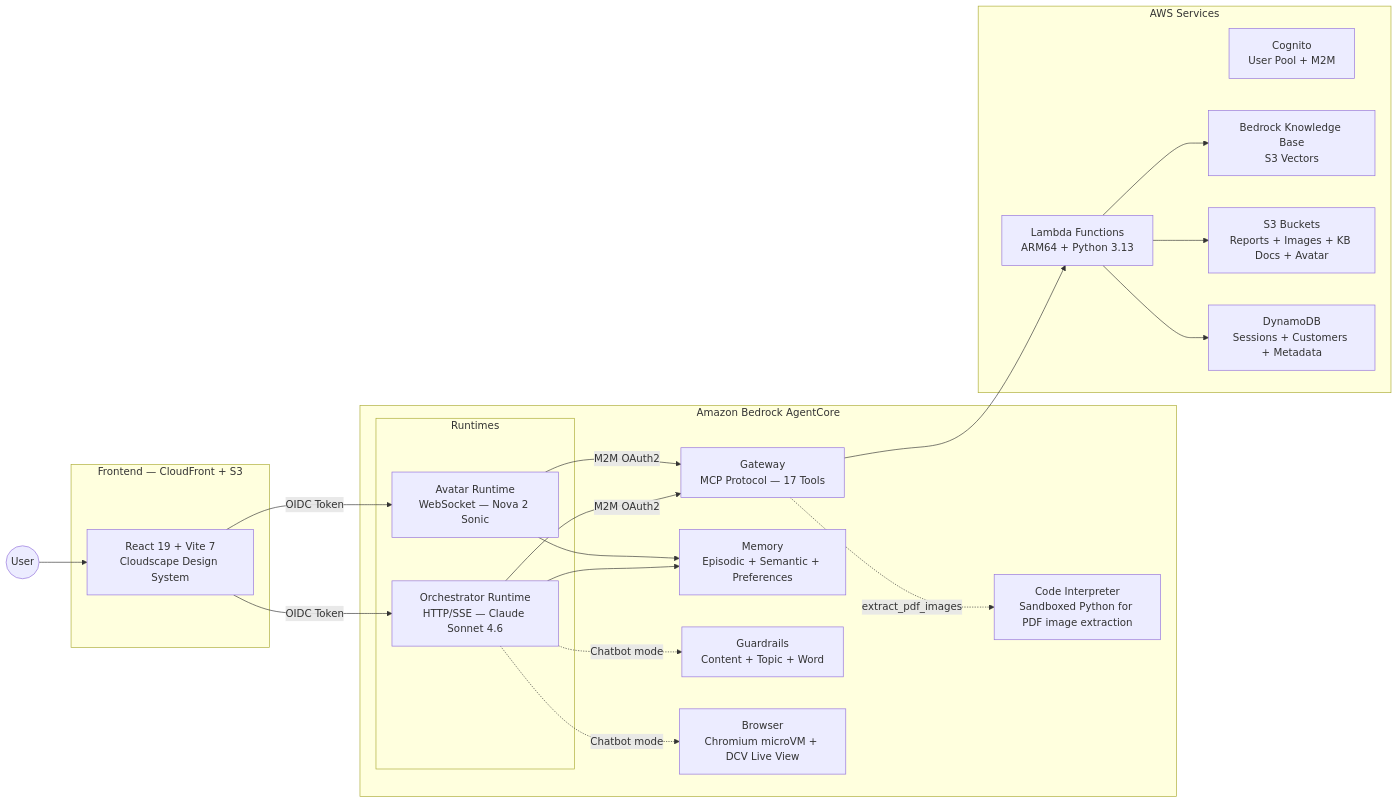
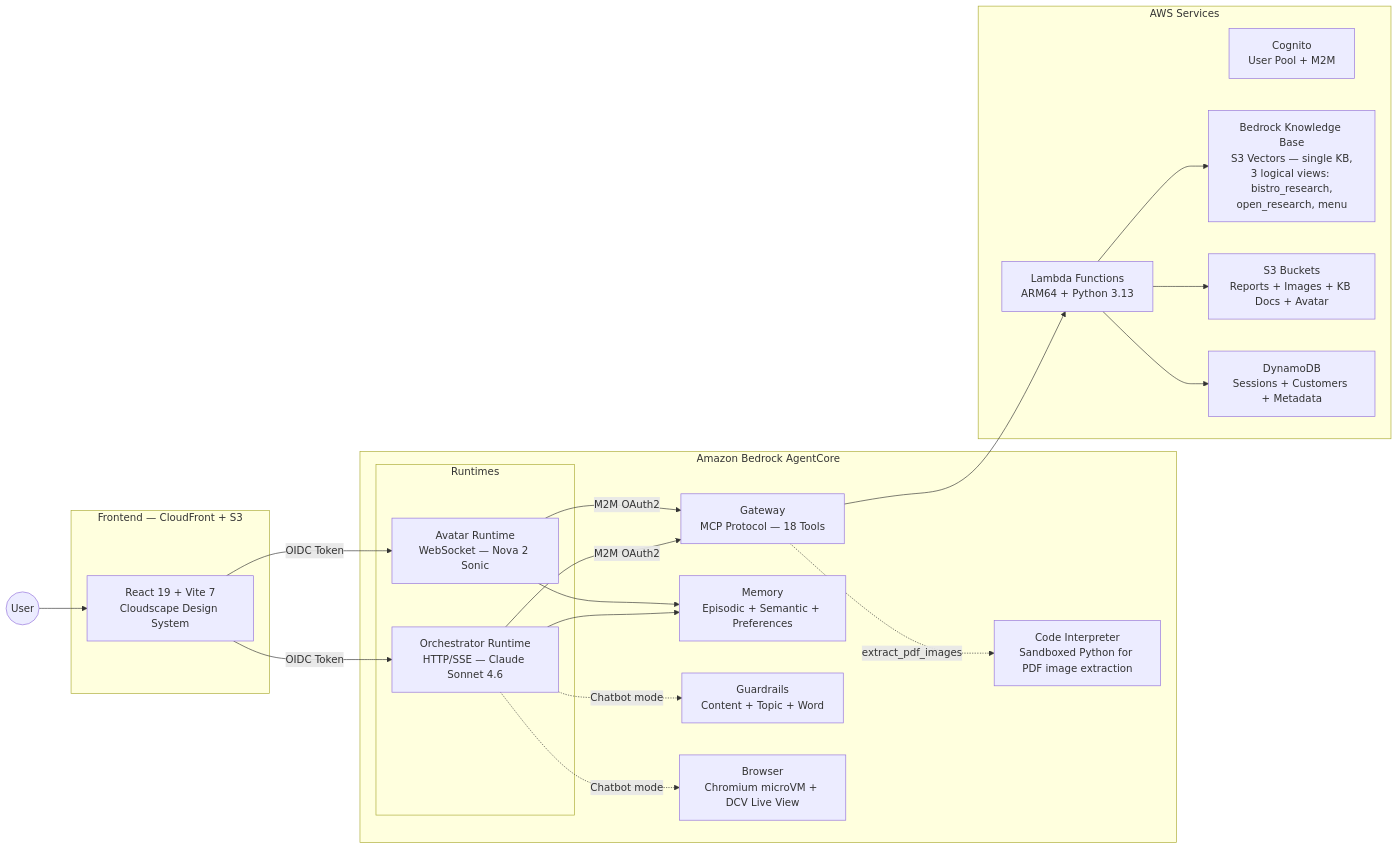
One commit to aws-samples/sample-banking-demo-live-avatar-multiagent-agentcore changed the first of 6 diagrams in README.md. Above: the diagram before and after it, drawn with Mermaid. The commit also changed other lines of this file and 36 other files, not shown here.

````diff
--- a/README.md
+++ b/README.md
@@ -13,43 +13,43 @@
 ```mermaid
 graph LR
     User((User))
 
     subgraph "Frontend — CloudFront + S3"
         UI[React 19 + Vite 7<br/>Cloudscape Design System]
     end
 
     subgraph "Amazon Bedrock AgentCore"
         subgraph "Runtimes"
             OR[Orchestrator Runtime<br/>HTTP/SSE — Claude Sonnet 4.6]
             AV[Avatar Runtime<br/>WebSocket — Nova 2 Sonic]
         end
-        GW[Gateway<br/>MCP Protocol — 17 Tools]
+        GW[Gateway<br/>MCP Protocol — 18 Tools]
         MEM[Memory<br/>Episodic + Semantic + Preferences]
         GR[Guardrails<br/>Content + Topic + Word]
         BR[Browser<br/>Chromium microVM + DCV Live View]
         CI[Code Interpreter<br/>Sandboxed Python for PDF image extraction]
     end
 
     subgraph "AWS Services"
         COG[Cognito<br/>User Pool + M2M]
-        KB[Bedrock Knowledge Base<br/>S3 Vectors]
+        KB["Bedrock Knowledge Base<br/>S3 Vectors — single KB,<br/>3 logical views: bistro_research,<br/>open_research, menu"]
         S3[S3 Buckets<br/>Reports + Images + KB Docs + Avatar]
         DDB[DynamoDB<br/>Sessions + Customers + Metadata]
         LAM[Lambda Functions<br/>ARM64 + Python 3.13]
     end
 
     User --> UI
     UI -->|OIDC Token| OR
     UI -->|OIDC Token| AV
     OR -->|M2M OAuth2| GW
     AV -->|M2M OAuth2| GW
     GW --> LAM
     LAM --> KB
     LAM --> S3
     LAM --> DDB
     OR --> MEM
     OR -.->|Chatbot mode| GR
     OR -.->|Chatbot mode| BR
     GW -.->|extract_pdf_images| CI
     AV --> MEM
 ```
````
